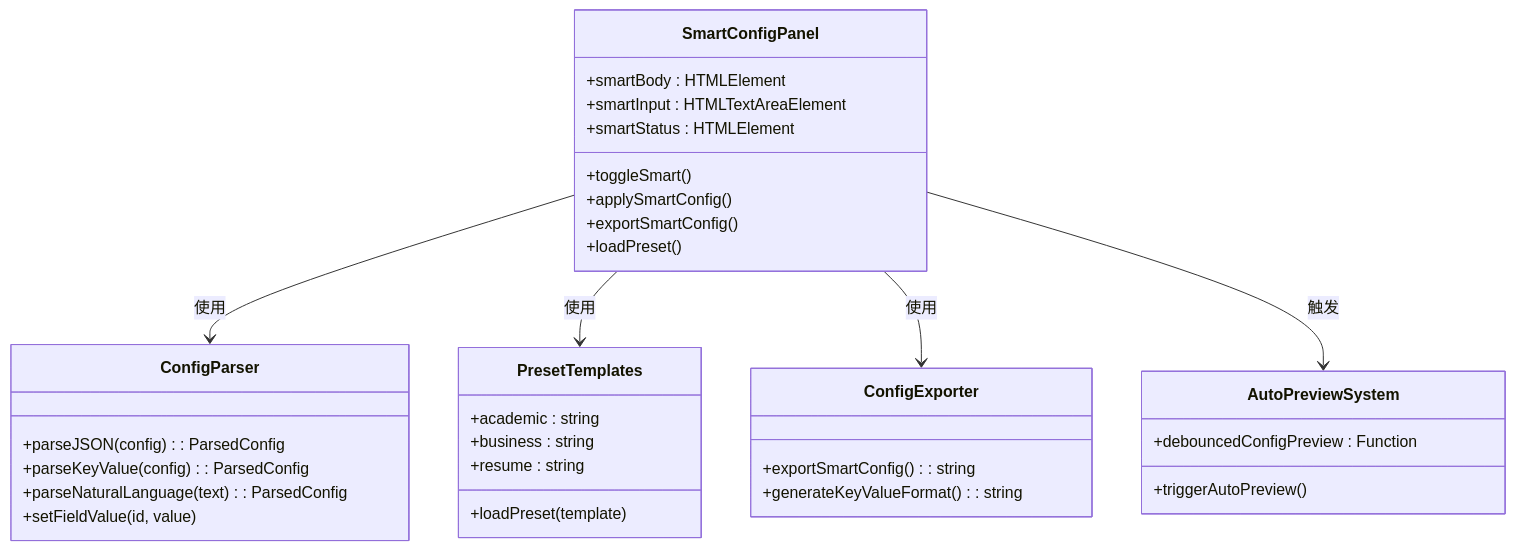
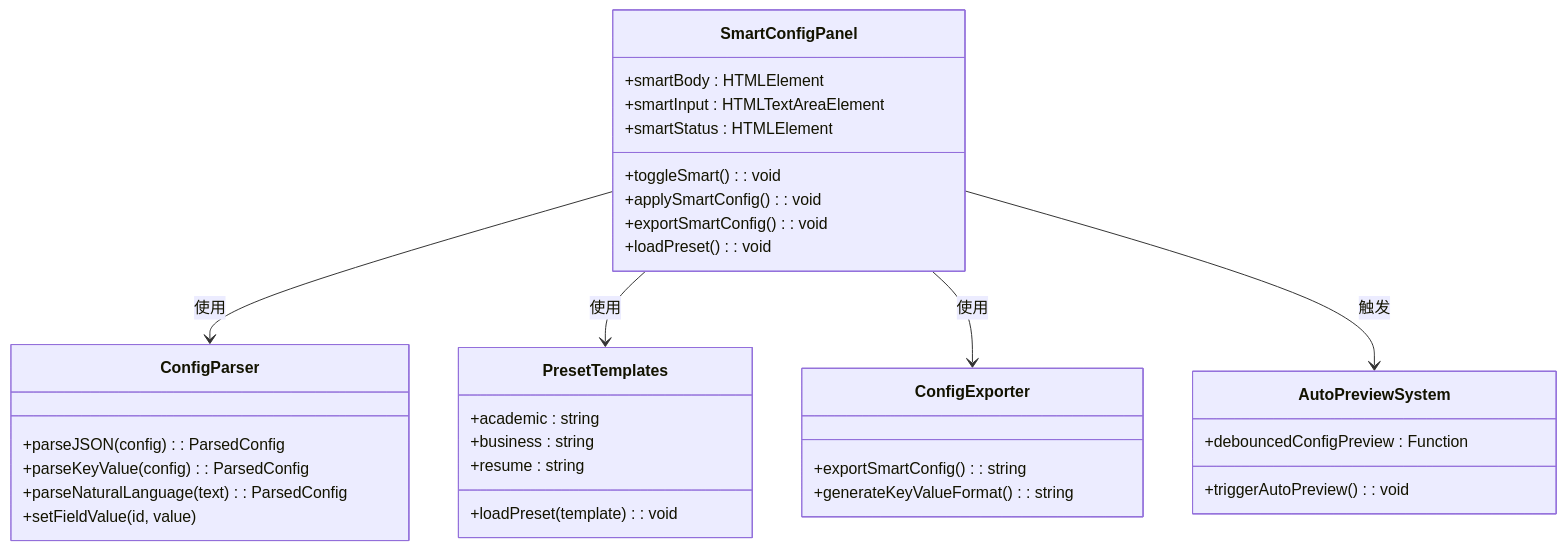
Before and after one commit to wanwushelie/markdown-to-word-studio: the eighth of 12 diagrams in .lingma/repowiki/zh/content/用户指南/前端界面现代化.md, drawn with Mermaid. The commit also changed other lines of this file and 21 other files, not shown here.

````diff
--- a/.lingma/repowiki/zh/content/用户指南/前端界面现代化.md
+++ b/.lingma/repowiki/zh/content/用户指南/前端界面现代化.md
@@ -492,36 +525,36 @@
 ```mermaid
 classDiagram
 class SmartConfigPanel {
 +smartBody : HTMLElement
 +smartInput : HTMLTextAreaElement
 +smartStatus : HTMLElement
-+toggleSmart()
-+applySmartConfig()
-+exportSmartConfig()
-+loadPreset()
++toggleSmart() : void
++applySmartConfig() : void
++exportSmartConfig() : void
++loadPreset() : void
 }
 class ConfigParser {
 +parseJSON(config) : ParsedConfig
 +parseKeyValue(config) : ParsedConfig
 +parseNaturalLanguage(text) : ParsedConfig
 +setFieldValue(id, value)
 }
 class PresetTemplates {
 +academic : string
 +business : string
 +resume : string
-+loadPreset(template)
++loadPreset(template) : void
 }
 class ConfigExporter {
 +exportSmartConfig() : string
 +generateKeyValueFormat() : string
 }
 class AutoPreviewSystem {
 +debouncedConfigPreview : Function
-+triggerAutoPreview()
++triggerAutoPreview() : void
 }
 SmartConfigPanel --> ConfigParser : 使用
 SmartConfigPanel --> PresetTemplates : 使用
 SmartConfigPanel --> ConfigExporter : 使用
 SmartConfigPanel --> AutoPreviewSystem : 触发
 ```
````
